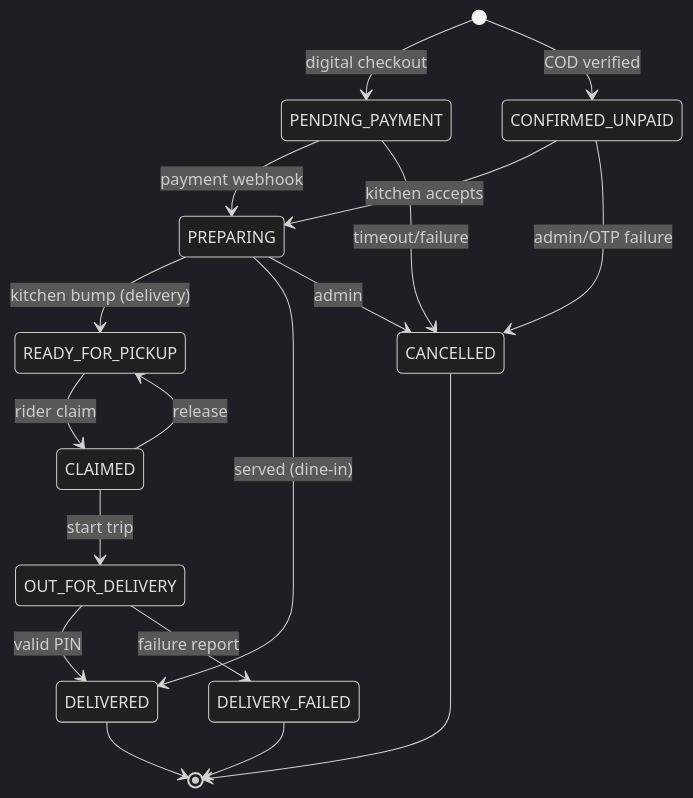
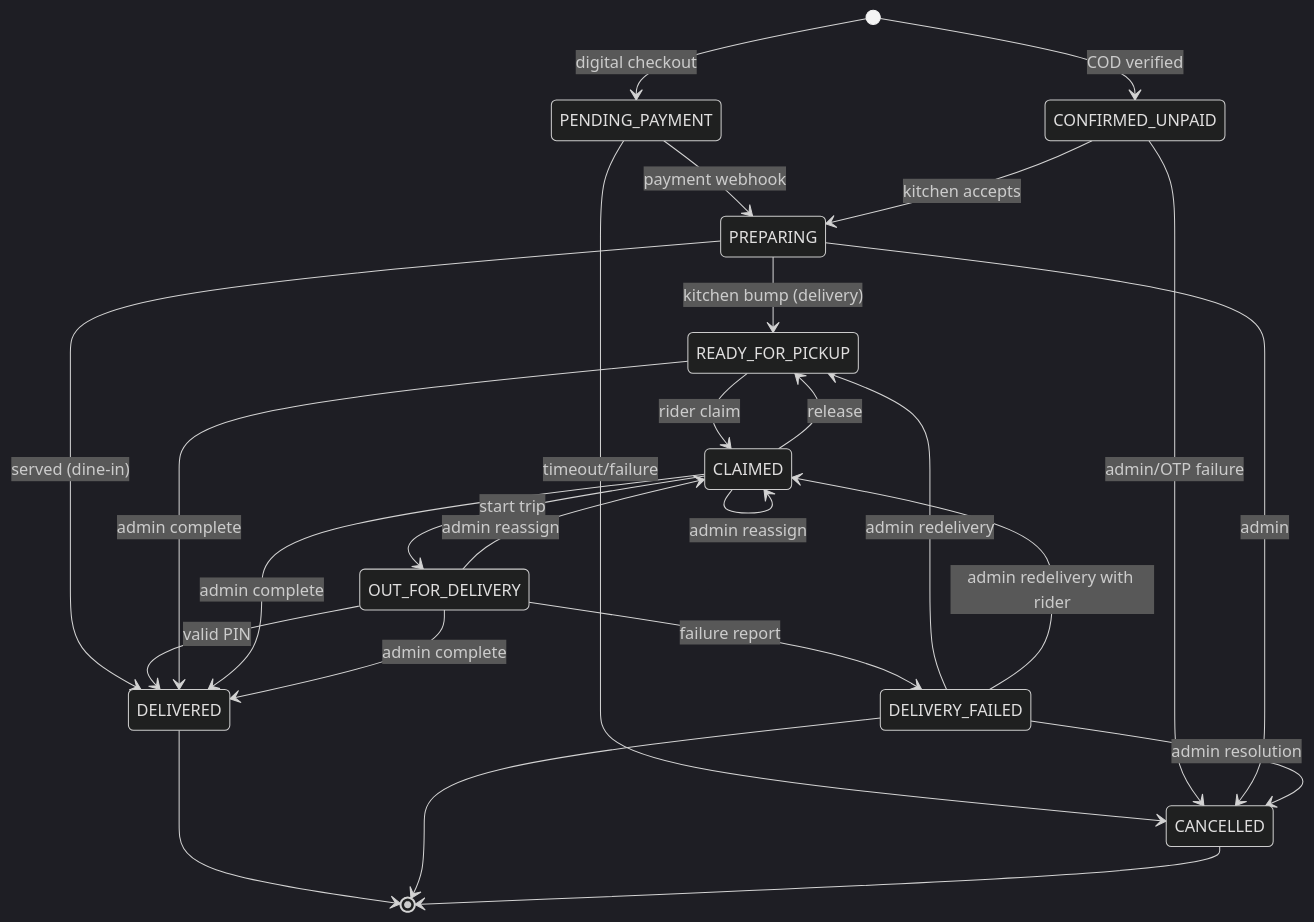
Before and after one commit to moroujahmed/morouj-mazaar-mrfss-project: the second of 2 diagrams in docs/ERD.md, drawn with Mermaid (dark theme). The commit also changed other lines of this file and 21 other files, not shown here.

````diff
--- a/docs/ERD.md
+++ b/docs/ERD.md
@@ -190,20 +209,28 @@
 ```mermaid
 stateDiagram-v2
     [*] --> PENDING_PAYMENT: digital checkout
     [*] --> CONFIRMED_UNPAID: COD verified
     PENDING_PAYMENT --> PREPARING: payment webhook
     PENDING_PAYMENT --> CANCELLED: timeout/failure
     CONFIRMED_UNPAID --> PREPARING: kitchen accepts
     CONFIRMED_UNPAID --> CANCELLED: admin/OTP failure
     PREPARING --> READY_FOR_PICKUP: kitchen bump (delivery)
     PREPARING --> DELIVERED: served (dine-in)
     PREPARING --> CANCELLED: admin
     READY_FOR_PICKUP --> CLAIMED: rider claim
     CLAIMED --> READY_FOR_PICKUP: release
     CLAIMED --> OUT_FOR_DELIVERY: start trip
+    CLAIMED --> CLAIMED: admin reassign
+    OUT_FOR_DELIVERY --> CLAIMED: admin reassign
     OUT_FOR_DELIVERY --> DELIVERED: valid PIN
+    READY_FOR_PICKUP --> DELIVERED: admin complete
+    CLAIMED --> DELIVERED: admin complete
+    OUT_FOR_DELIVERY --> DELIVERED: admin complete
     OUT_FOR_DELIVERY --> DELIVERY_FAILED: failure report
+    DELIVERY_FAILED --> READY_FOR_PICKUP: admin redelivery
+    DELIVERY_FAILED --> CLAIMED: admin redelivery with rider
+    DELIVERY_FAILED --> CANCELLED: admin resolution
     DELIVERED --> [*]
     DELIVERY_FAILED --> [*]
     CANCELLED --> [*]
 ```
````
